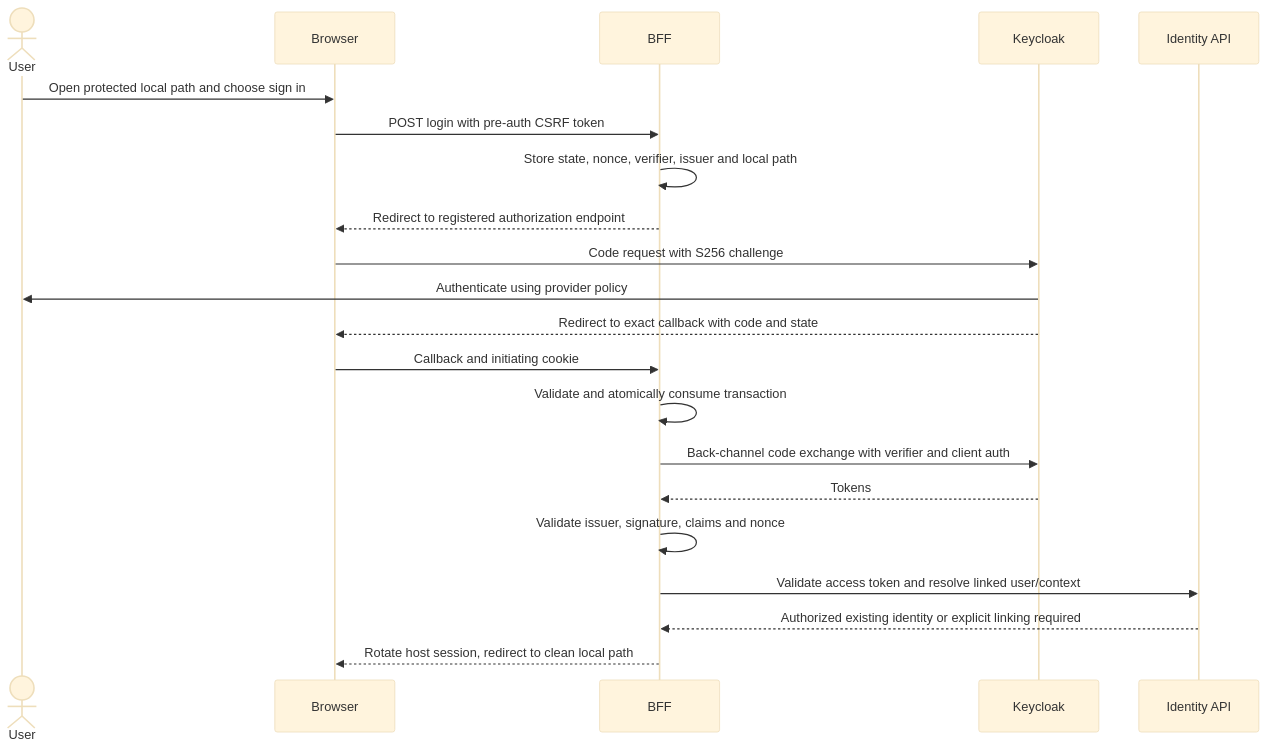
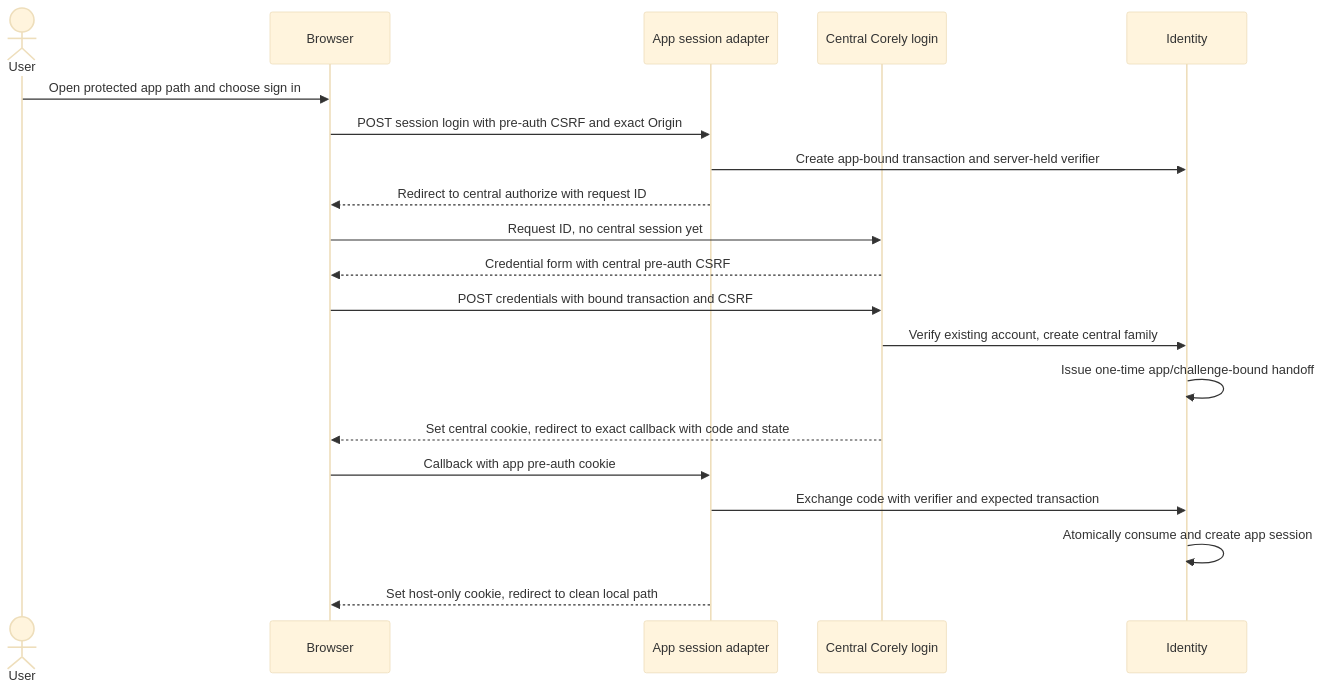
The first of 5 diagrams in docs/decisions/ADR-0004-central-identity-app-sessions.md (Corely-AI/corely), drawn with Mermaid (base theme) before and after one commit. The commit also changed other lines of this file and 2 other files, not shown here.

Commit message:
docs(auth): select Corely-native SSO per maintainer decision

````diff
--- a/docs/decisions/ADR-0004-central-identity-app-sessions.md
+++ b/docs/decisions/ADR-0004-central-identity-app-sessions.md
@@ -183,23 +214,22 @@
 ```mermaid
 sequenceDiagram
     actor User
     participant Browser
-    participant BFF
-    participant IdP as Keycloak
-    participant API as Identity API
-    User->>Browser: Open protected local path and choose sign in
-    Browser->>BFF: POST login with pre-auth CSRF token
-    BFF->>BFF: Store state, nonce, verifier, issuer and local path
-    BFF-->>Browser: Redirect to registered authorization endpoint
-    Browser->>IdP: Code request with S256 challenge
-    IdP->>User: Authenticate using provider policy
-    IdP-->>Browser: Redirect to exact callback with code and state
-    Browser->>BFF: Callback and initiating cookie
-    BFF->>BFF: Validate and atomically consume transaction
-    BFF->>IdP: Back-channel code exchange with verifier and client auth
-    IdP-->>BFF: Tokens
-    BFF->>BFF: Validate issuer, signature, claims and nonce
-    BFF->>API: Validate access token and resolve linked user/context
-    API-->>BFF: Authorized existing identity or explicit linking required
-    BFF-->>Browser: Rotate host session, redirect to clean local path
+    participant App as App session adapter
+    participant Login as Central Corely login
+    participant Identity
+    User->>Browser: Open protected app path and choose sign in
+    Browser->>App: POST session login with pre-auth CSRF and exact Origin
+    App->>Identity: Create app-bound transaction and server-held verifier
+    App-->>Browser: Redirect to central authorize with request ID
+    Browser->>Login: Request ID, no central session yet
+    Login-->>Browser: Credential form with central pre-auth CSRF
+    Browser->>Login: POST credentials with bound transaction and CSRF
+    Login->>Identity: Verify existing account, create central family
+    Identity->>Identity: Issue one-time app/challenge-bound handoff
+    Login-->>Browser: Set central cookie, redirect to exact callback with code and state
+    Browser->>App: Callback with app pre-auth cookie
+    App->>Identity: Exchange code with verifier and expected transaction
+    Identity->>Identity: Atomically consume and create app session
+    App-->>Browser: Set host-only cookie, redirect to clean local path
 ```
````
